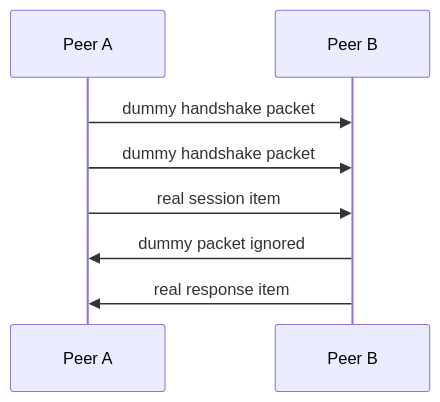
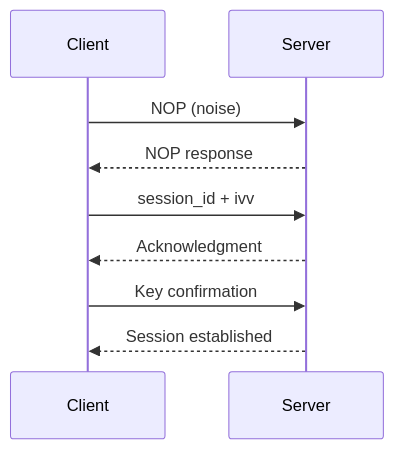
The fourth of 5 diagrams in docs/SECURITY.md (HyacinthHaru/openppp2), drawn with Mermaid before and after one commit. The commit also changed other lines of this file and 31 other files, not shown here.

````diff
--- a/docs/SECURITY.md
+++ b/docs/SECURITY.md
@@ -92,10 +219,12 @@
 ```mermaid
 sequenceDiagram
-    participant A as Peer A
-    participant B as Peer B
-    A->>B: dummy handshake packet
-    A->>B: dummy handshake packet
-    A->>B: real session item
-    B->>A: dummy packet ignored
-    B->>A: real response item
+    participant C as Client
+    participant S as Server
+    
+    C->>S: NOP (noise)
+    S-->>C: NOP response
+    C->>S: session_id + ivv
+    S-->>C: Acknowledgment
+    C->>S: Key confirmation
+    S-->>C: Session established
 ```
````
